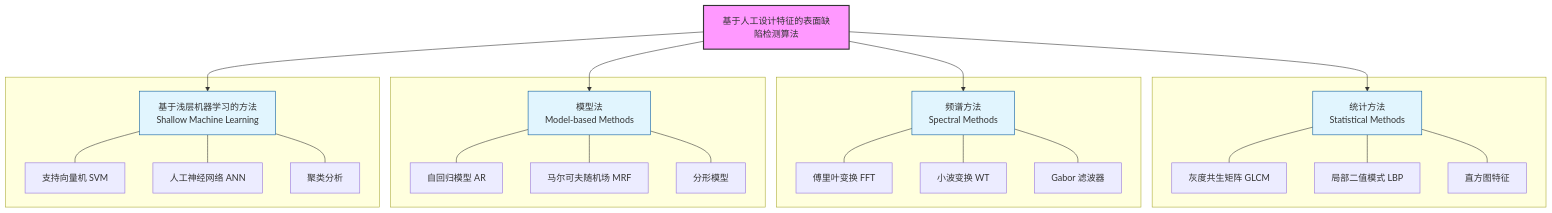
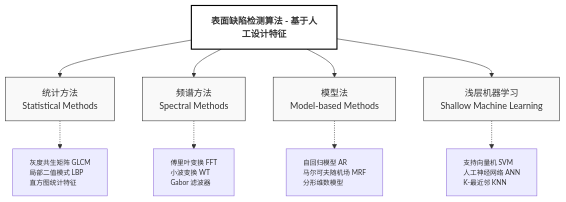
The diagram in all/未命名-1.md (MAOSHENGsong/iodraw-files), drawn with Mermaid before and after one commit.

Commit message:
2026-03-17 18:16:29 update

````diff
--- a/all/未命名-1.md
+++ b/all/未命名-1.md
@@ -1,37 +1,41 @@
 ```mermaid
-graph TD
-    A[基于人工设计特征的表面缺陷检测算法] --> B[统计方法<br/>Statistical Methods]
-    A --> C[频谱方法<br/>Spectral Methods]
-    A --> D[模型法<br/>Model-based Methods]
-    A --> E[基于浅层机器学习的方法<br/>Shallow Machine Learning]
+graph TB
+    %% 核心标题
+    Main[表面缺陷检测算法 - 基于人工设计特征] 
+    
+    %% 第一层级：四大分支
+    Statistical[统计方法<br/>Statistical Methods]
+    Spectral[频谱方法<br/>Spectral Methods]
+    Model[模型法<br/>Model-based Methods]
+    Machine[浅层机器学习<br/>Shallow Machine Learning]
 
-    subgraph " "
-    B --- B1[灰度共生矩阵 GLCM]
-    B --- B2[局部二值模式 LBP]
-    B --- B3[直方图特征]
-    end
+    %% 第二层级：典型算法
+    Sub_Stat[灰度共生矩阵 GLCM<br/>局部二值模式 LBP<br/>直方图统计特征]
+    Sub_Spec[傅里叶变换 FFT<br/>小波变换 WT<br/>Gabor 滤波器]
+    Sub_Mod[自回归模型 AR<br/>马尔可夫随机场 MRF<br/>分形维数模型]
+    Sub_Mach[支持向量机 SVM<br/>人工神经网络 ANN<br/>K-最近邻 KNN]
 
-    subgraph " "
-    C --- C1[傅里叶变换 FFT]
-    C --- C2[小波变换 WT]
-    C --- C3[Gabor 滤波器]
-    end
+    %% 建立连接
+    Main --> Statistical
+    Main --> Spectral
+    Main --> Model
+    Main --> Machine
 
-    subgraph " "
-    D --- D1[自回归模型 AR]
-    D --- D2[马尔可夫随机场 MRF]
-    D --- D3[分形模型]
-    end
+    Statistical -.-> Sub_Stat
+    Spectral -.-> Sub_Spec
+    Model -.-> Sub_Mod
+    Machine -.-> Sub_Mach
 
-    subgraph " "
-    E --- E1[支持向量机 SVM]
-    E --- E2[人工神经网络 ANN]
-    E --- E3[聚类分析]
-    end
-
-    style A fill:#f9f,stroke:#333,stroke-width:2px
-    style B fill:#e1f5fe,stroke:#01579b
-    style C fill:#e1f5fe,stroke:#01579b
-    style D fill:#e1f5fe,stroke:#01579b
-    style E fill:#e1f5fe,stroke:#01579b
+    %% 样式美化：论文通常使用白底黑字或淡色调
+    style Main fill:#ffffff,stroke:#000,stroke-width:2px,font-weight:bold
+    style Statistical fill:#f9f9f9,stroke:#333,stroke-width:1px
+    style Spectral fill:#f9f9f9,stroke:#333,stroke-width:1px
+    style Model fill:#f9f9f9,stroke:#333,stroke-width:1px
+    style Machine fill:#f9f9f9,stroke:#333,stroke-width:1px
+    
+    %% 细化子项样式
+    style Sub_Stat font-size:12px,text-align:left
+    style Sub_Spec font-size:12px,text-align:left
+    style Sub_Mod font-size:12px,text-align:left
+    style Sub_Mach font-size:12px,text-align:left
 ```
````
